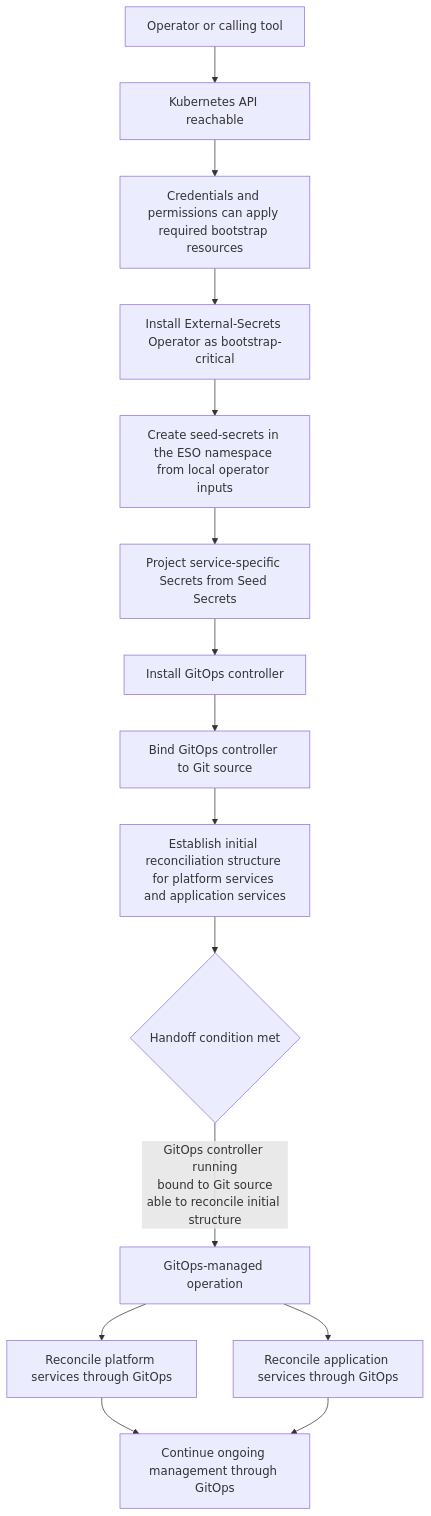
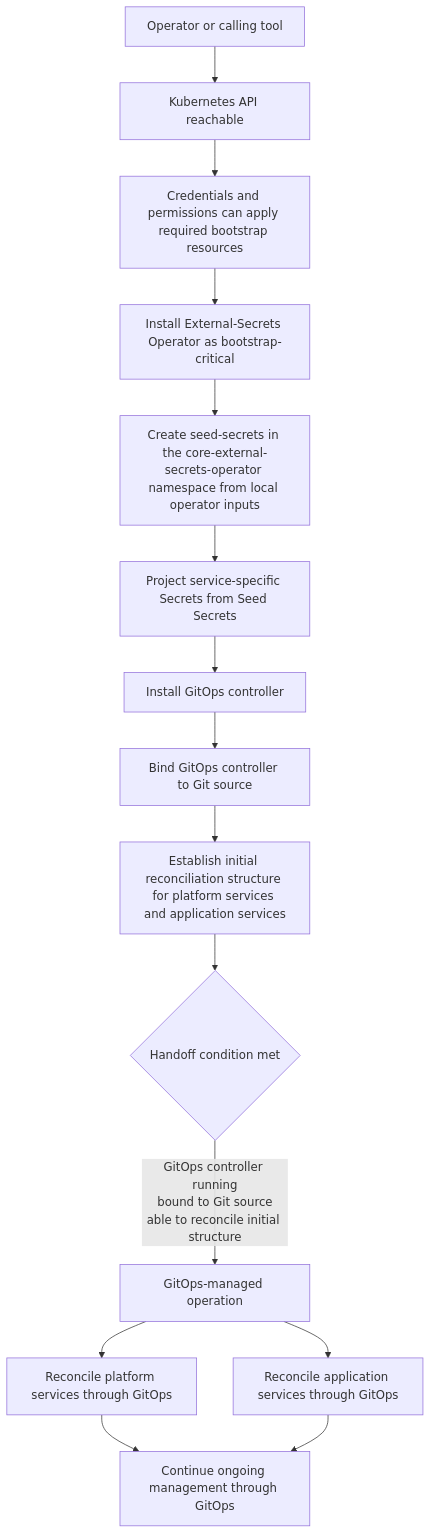
One commit to 42aei/kubecrate changed the diagram in docs/bootstrap-installation-contract.md. Above: the diagram before and after it, drawn with Mermaid. The commit also changed other lines of this file and 16 other files, not shown here.

Commit message:
docs: define core platform namespace convention

````diff
--- a/docs/bootstrap-installation-contract.md
+++ b/docs/bootstrap-installation-contract.md
@@ -114,22 +114,22 @@
 ```mermaid
 flowchart TD
     A[Operator or calling tool]
     B[Kubernetes API reachable]
     C[Credentials and permissions can apply required bootstrap resources]
     D[Install External-Secrets Operator as bootstrap-critical]
-    E[Create seed-secrets in the ESO namespace from local operator inputs]
+    E[Create seed-secrets in the core-external-secrets-operator namespace from local operator inputs]
     F[Project service-specific Secrets from Seed Secrets]
     G[Install GitOps controller]
     H[Bind GitOps controller to Git source]
     I[Establish initial reconciliation structure for platform services and application services]
     J{Handoff condition met}
     K[GitOps-managed operation]
     L[Reconcile platform services through GitOps]
     M[Reconcile application services through GitOps]
     N[Continue ongoing management through GitOps]
 
     A --> B --> C --> D --> E --> F --> G --> H --> I --> J
     J -->|GitOps controller running\nbound to Git source\nable to reconcile initial structure| K
     K --> L --> N
     K --> M --> N
 ```
````
